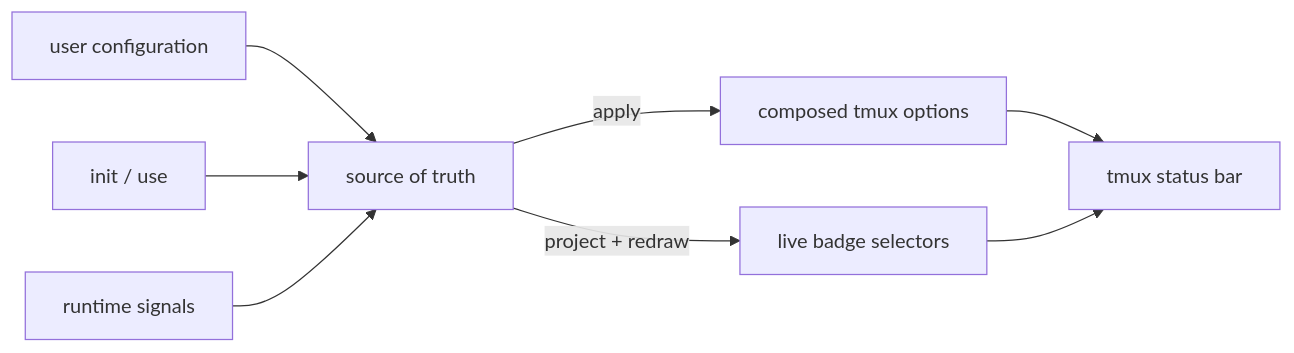
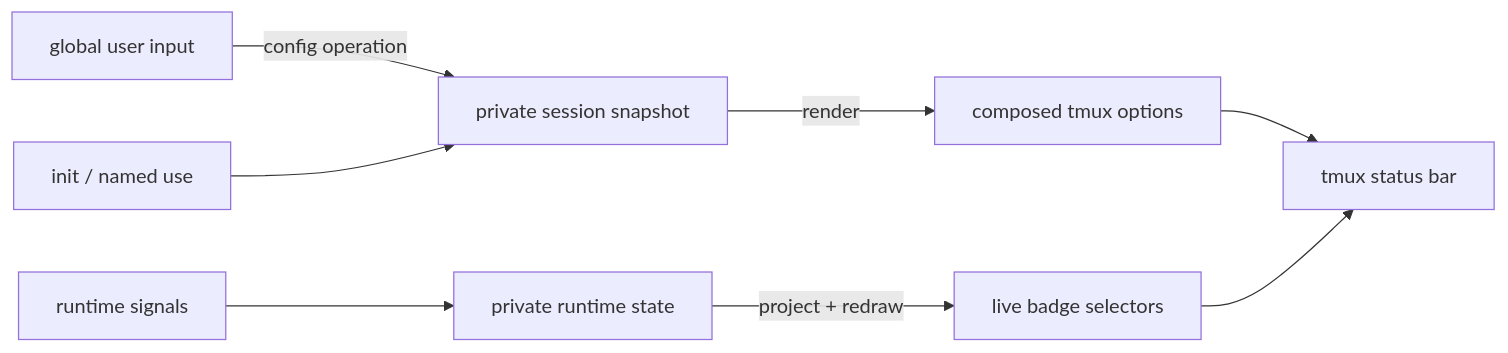
One commit to andrewjstryker/tmux-airline changed the second of 2 diagrams in DESIGN.md. Above: the diagram before and after it, drawn with Mermaid. The commit also changed other lines of this file and 9 other files, not shown here.

````diff
--- a/DESIGN.md
+++ b/DESIGN.md
@@ -137,10 +145,10 @@
 ```mermaid
 graph LR
-    CFG[user configuration] --> S[source of truth]
-    INIT[init / use] --> S
-    EVT[runtime signals] --> S
-    S -- apply --> OUT[composed tmux options]
-    S -- project + redraw --> LIVE[live badge selectors]
+    CFG[global user input] -- config operation --> S[private session snapshot]
+    INIT[init / named use] --> S
+    EVT[runtime signals] --> D[private runtime state]
+    D -- project + redraw --> LIVE[live badge selectors]
+    S -- render --> OUT[composed tmux options]
     OUT --> BAR[tmux status bar]
     LIVE --> BAR
 ```
````
